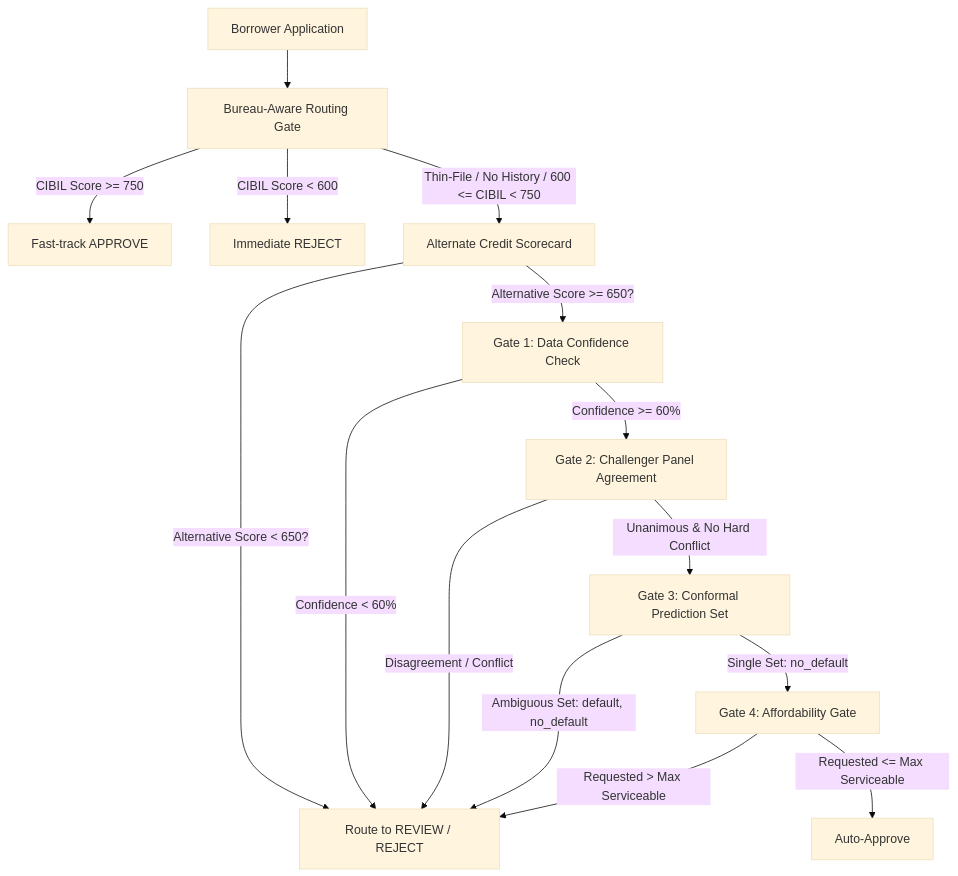
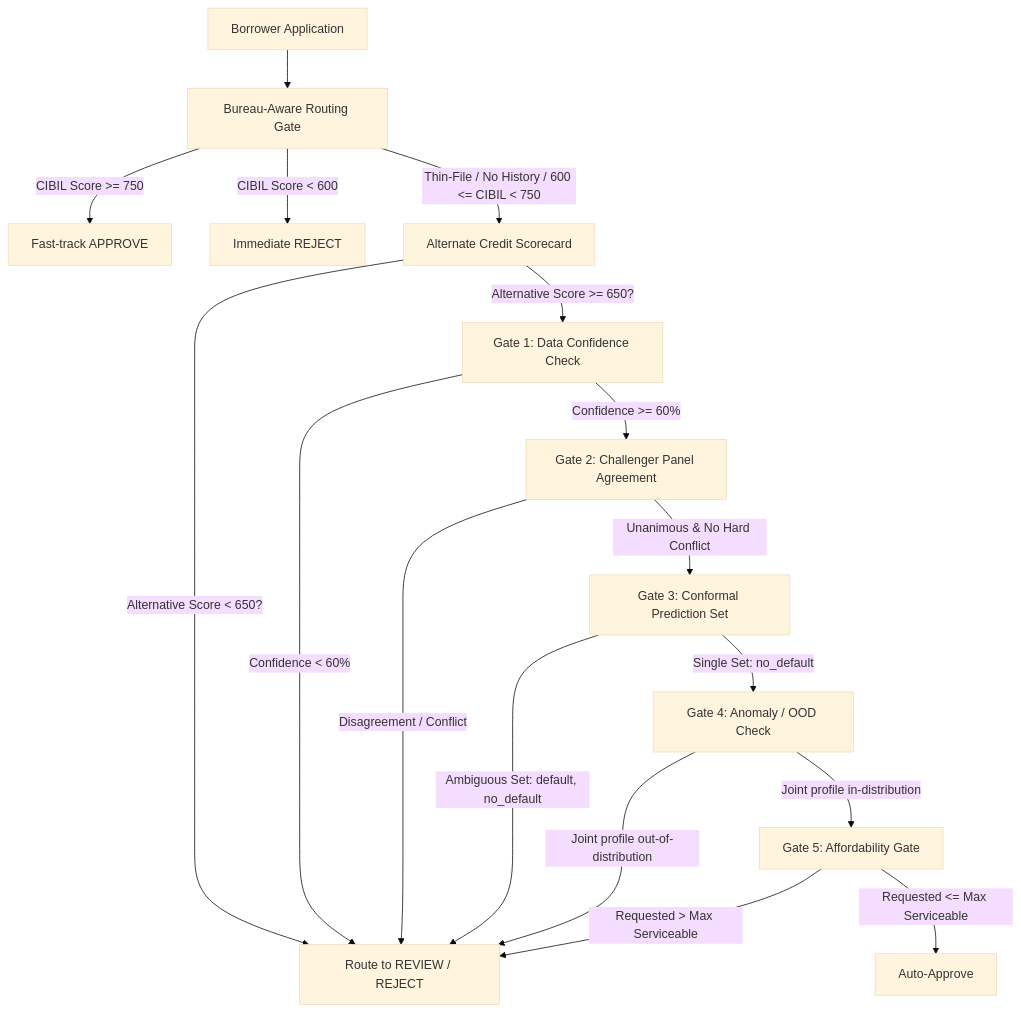
Before and after one commit to Sonil15/alt-credit-engine: the diagram in README.md, drawn with Mermaid (base theme). The commit also changed other lines of this file and 9 other files, not shown here.

First line of the commit message:
Add out-of-distribution anomaly gate (anti-gaming an additive model)

````diff
--- a/README.md
+++ b/README.md
@@ -197,22 +198,25 @@
 ```mermaid
 graph TD
     Start[Borrower Application] --> Bureau[Bureau-Aware Routing Gate]
     Bureau -->|CIBIL Score >= 750| Approve[Fast-track APPROVE]
     Bureau -->|CIBIL Score < 600| Reject[Immediate REJECT]
     Bureau -->|Thin-File / No History / 600 <= CIBIL < 750| AltCredit[Alternate Credit Scorecard]
     
     AltCredit -->|Alternative Score >= 650?| Gate1[Gate 1: Data Confidence Check]
     AltCredit -->|Alternative Score < 650?| Review[Route to REVIEW / REJECT]
     
     Gate1 -->|Confidence >= 60%| Gate2[Gate 2: Challenger Panel Agreement]
     Gate1 -->|Confidence < 60%| Review
     
     Gate2 -->|Unanimous & No Hard Conflict| Gate3[Gate 3: Conformal Prediction Set]
     Gate2 -->|Disagreement / Conflict| Review
     
     Gate3 -->|Ambiguous Set: default, no_default| Review
-    Gate3 -->|Single Set: no_default| Gate4[Gate 4: Affordability Gate]
+    Gate3 -->|Single Set: no_default| Gate4[Gate 4: Anomaly / OOD Check]
     
-    Gate4 -->|Requested <= Max Serviceable| AutoApprove[Auto-Approve]
-    Gate4 -->|Requested > Max Serviceable| Review
+    Gate4 -->|Joint profile in-distribution| Gate5[Gate 5: Affordability Gate]
+    Gate4 -->|Joint profile out-of-distribution| Review
+    
+    Gate5 -->|Requested <= Max Serviceable| AutoApprove[Auto-Approve]
+    Gate5 -->|Requested > Max Serviceable| Review
 ```
````
